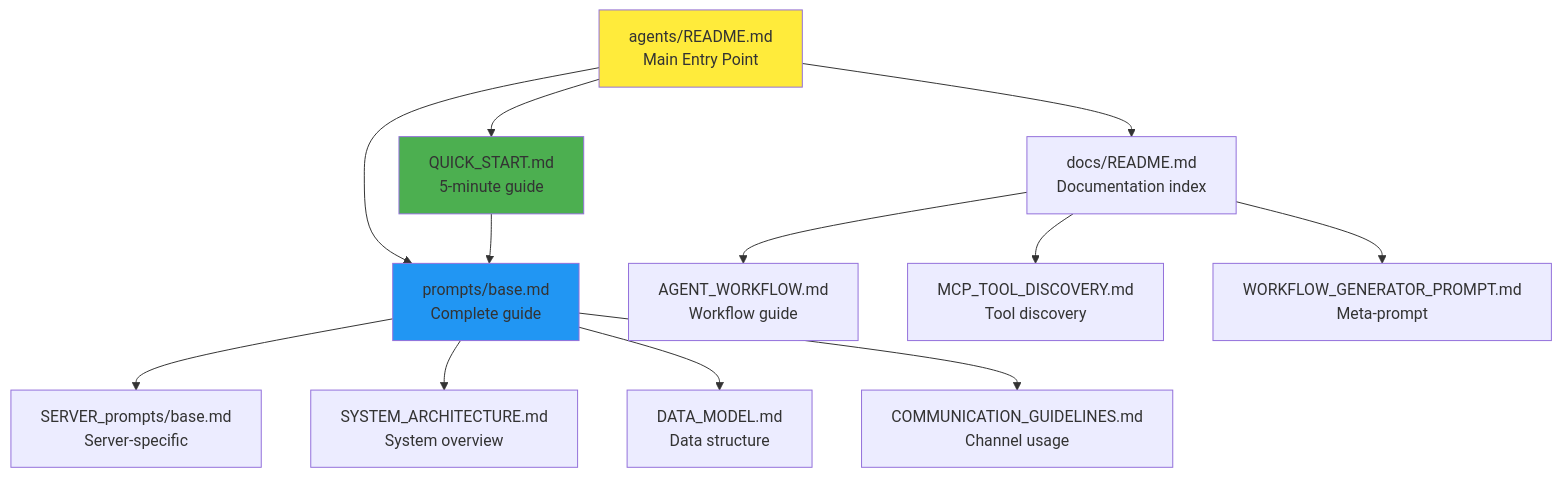
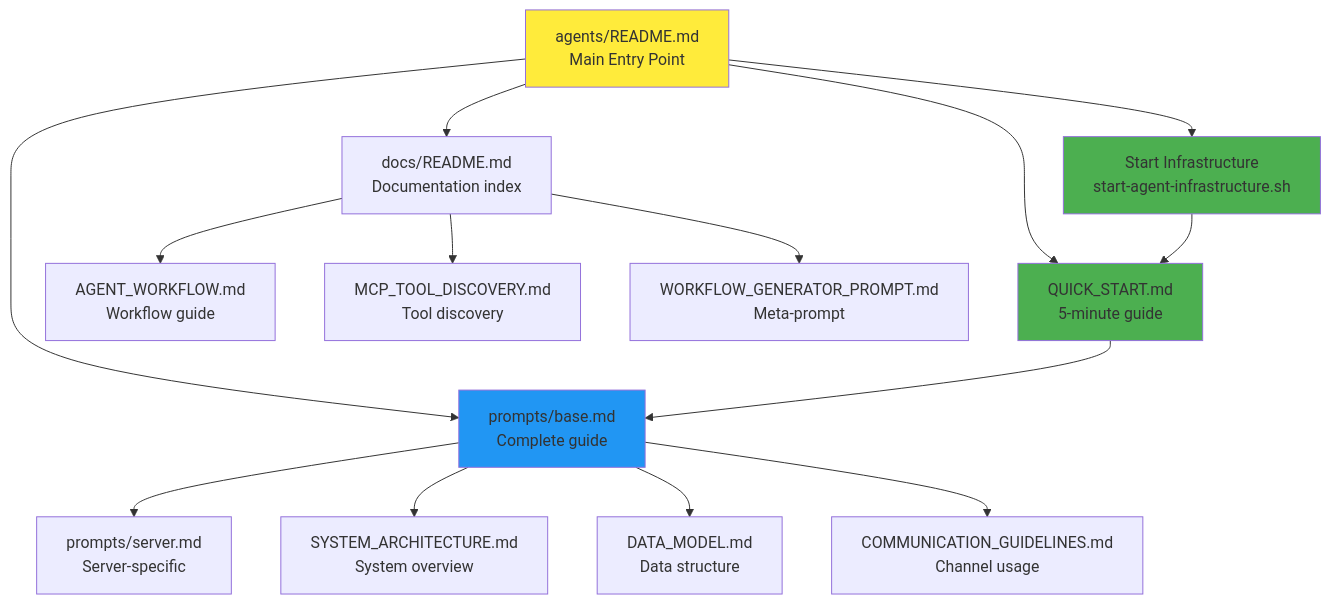
Before and after one commit to unarmedpuppy/homelab-ai: the third of 20 diagrams in agents/docs/COMPLETE_SYSTEM_VISUALIZATION.md, drawn with Mermaid. The commit also changed other lines of this file and 143 other files, not shown here.

````diff
--- a/agents/docs/COMPLETE_SYSTEM_VISUALIZATION.md
+++ b/agents/docs/COMPLETE_SYSTEM_VISUALIZATION.md
@@ -102,20 +132,23 @@
 ```mermaid
 graph TD
-    A[agents/README.md<br/>Main Entry Point] --> B[QUICK_START.md<br/>5-minute guide]
-    A --> C[prompts/base.md<br/>Complete guide]
-    A --> D[docs/README.md<br/>Documentation index]
+    A[agents/README.md<br/>Main Entry Point] --> B[Start Infrastructure<br/>start-agent-infrastructure.sh]
+    A --> C[QUICK_START.md<br/>5-minute guide]
+    A --> D[prompts/base.md<br/>Complete guide]
+    A --> E[docs/README.md<br/>Documentation index]
     
     B --> C
-    C --> E[SERVER_prompts/base.md<br/>Server-specific]
-    C --> F[SYSTEM_ARCHITECTURE.md<br/>System overview]
-    C --> G[DATA_MODEL.md<br/>Data structure]
-    C --> H[COMMUNICATION_GUIDELINES.md<br/>Channel usage]
+    C --> D
+    D --> F[prompts/server.md<br/>Server-specific]
+    D --> G[SYSTEM_ARCHITECTURE.md<br/>System overview]
+    D --> H[DATA_MODEL.md<br/>Data structure]
+    D --> I[COMMUNICATION_GUIDELINES.md<br/>Channel usage]
     
-    D --> I[AGENT_WORKFLOW.md<br/>Workflow guide]
-    D --> J[MCP_TOOL_DISCOVERY.md<br/>Tool discovery]
-    D --> K[WORKFLOW_GENERATOR_PROMPT.md<br/>Meta-prompt]
+    E --> J[AGENT_WORKFLOW.md<br/>Workflow guide]
+    E --> K[MCP_TOOL_DISCOVERY.md<br/>Tool discovery]
+    E --> L[WORKFLOW_GENERATOR_PROMPT.md<br/>Meta-prompt]
     
     style A fill:#ffeb3b
     style B fill:#4caf50
-    style C fill:#2196f3
+    style C fill:#4caf50
+    style D fill:#2196f3
 ```
````
